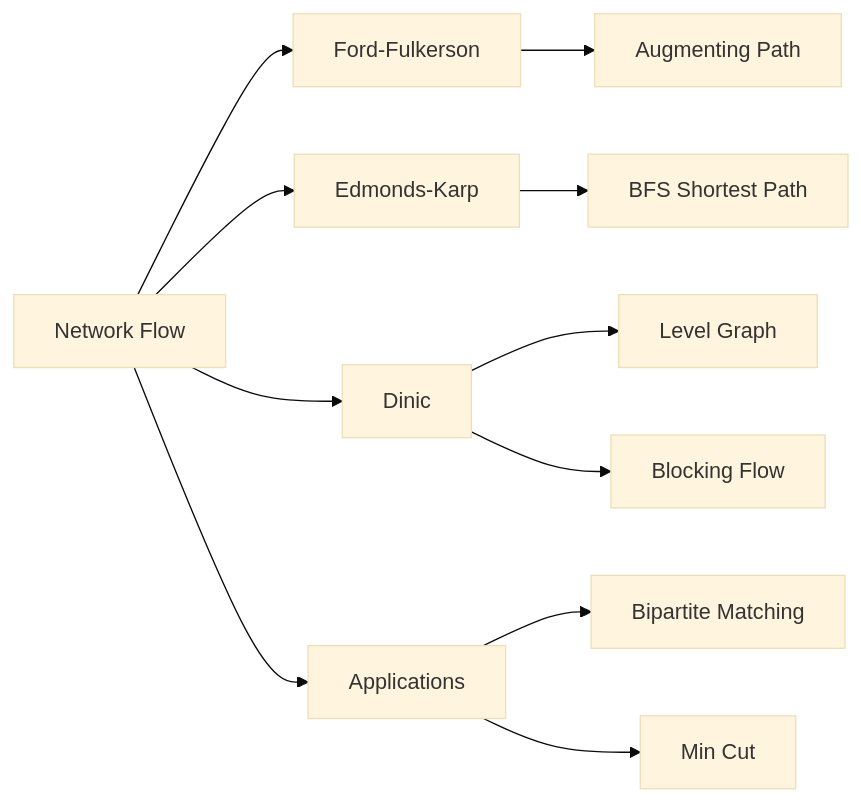
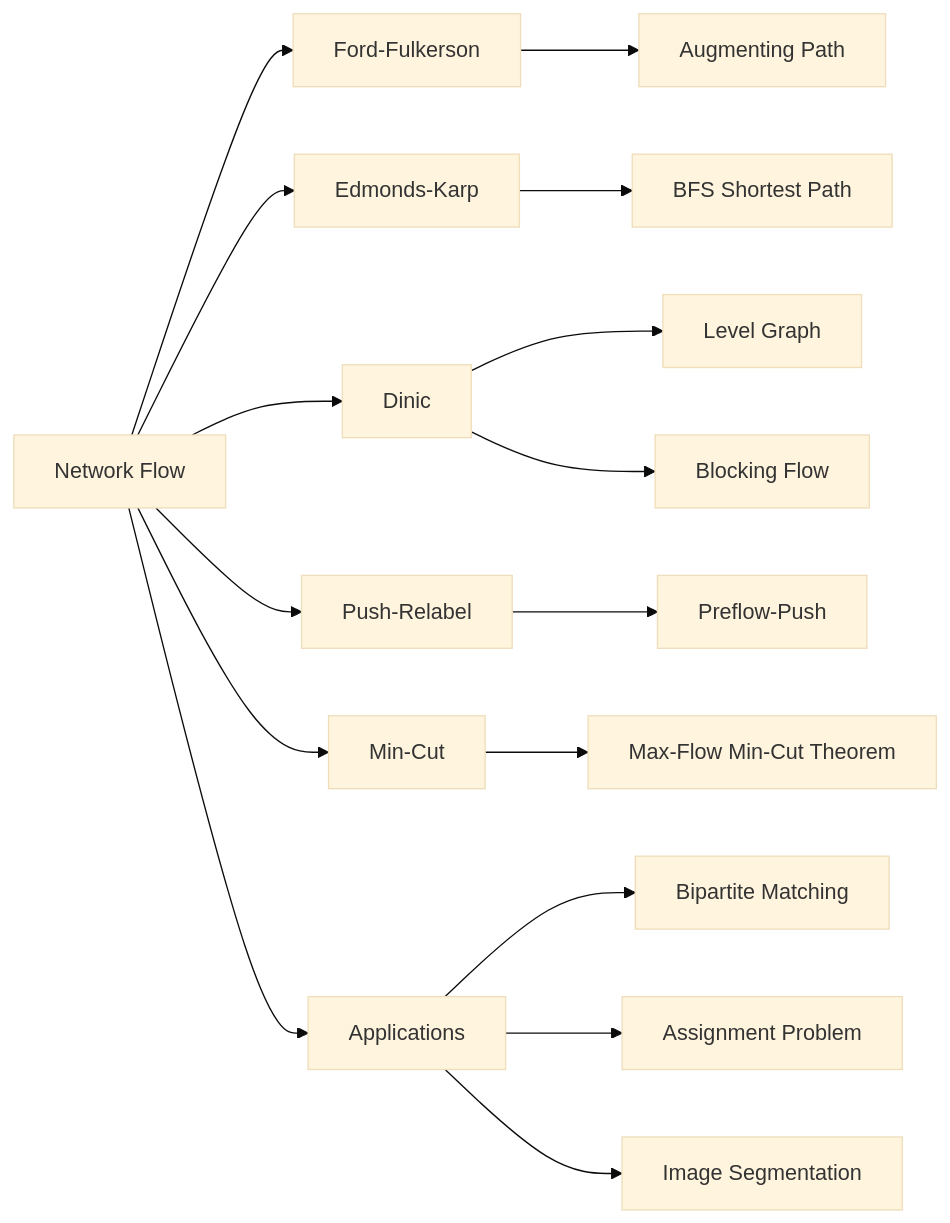
Before and after one commit to Raushan666java/ai-engineering-journey: the diagram in docs/courses/algorithms/13-graph-flow.md, drawn with Mermaid (base theme). The commit also changed other lines of this file and 17 other files, not shown here.

````diff
--- a/docs/courses/algorithms/13-graph-flow.md
+++ b/docs/courses/algorithms/13-graph-flow.md
@@ -29,13 +45,18 @@
 ```mermaid
 flowchart LR
     A[Network Flow] --> B[Ford-Fulkerson]
     A --> C[Edmonds-Karp]
     A --> D[Dinic]
+    A --> M[Push-Relabel]
+    A --> N[Min-Cut]
     A --> E[Applications]
     B --> F[Augmenting Path]
     C --> G[BFS Shortest Path]
     D --> H[Level Graph]
     D --> I[Blocking Flow]
+    M --> O[Preflow-Push]
+    N --> P[Max-Flow Min-Cut Theorem]
     E --> J[Bipartite Matching]
-    E --> K[Min Cut]
+    E --> K[Assignment Problem]
+    E --> L[Image Segmentation]
 ```
````
